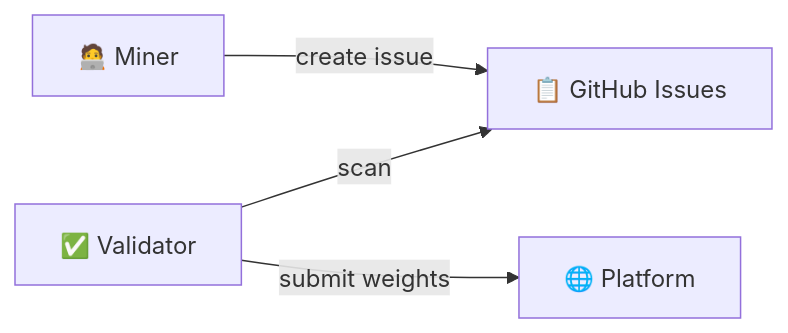
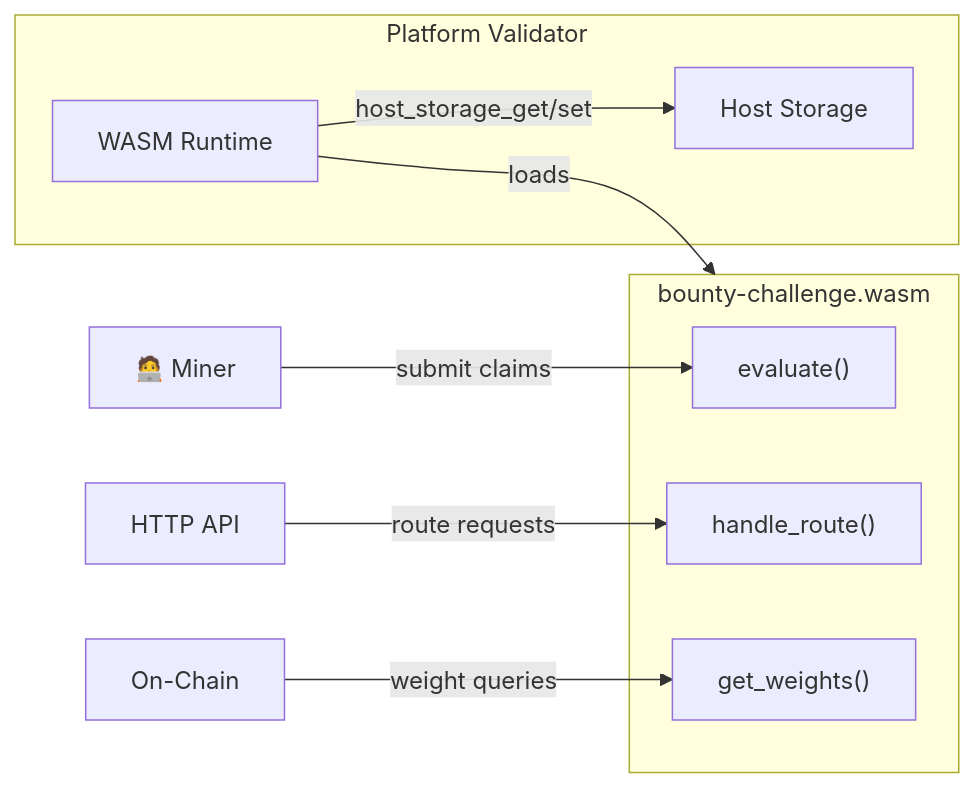
The diagram in README.md (PlatformNetwork/bounty-challenge), drawn with Mermaid before and after one commit. The commit also changed other lines of this file and 71 other files, not shown here.

First line of the commit message:
Migrate to WASM-only architecture

````diff
--- a/README.md
+++ b/README.md
@@ -42,6 +24,19 @@
 ```mermaid
 flowchart LR
-    Miner["🧑‍💻 Miner"] -->|"create issue"| GitHub["📋 GitHub Issues"]
-    Validator["✅ Validator"] -->|"scan"| GitHub
-    Validator -->|"submit weights"| Platform["🌐 Platform"]
+    subgraph Validator["Platform Validator"]
+        Runtime["WASM Runtime"]
+        Storage["Host Storage"]
+        Runtime -->|"host_storage_get/set"| Storage
+    end
+    
+    subgraph Module["bounty-challenge.wasm"]
+        Evaluate["evaluate()"]
+        Routes["handle_route()"]
+        Weights["get_weights()"]
+    end
+    
+    Runtime -->|"loads"| Module
+    Miner["🧑‍💻 Miner"] -->|"submit claims"| Evaluate
+    API["HTTP API"] -->|"route requests"| Routes
+    Chain["On-Chain"] -->|"weight queries"| Weights
 ```
````
